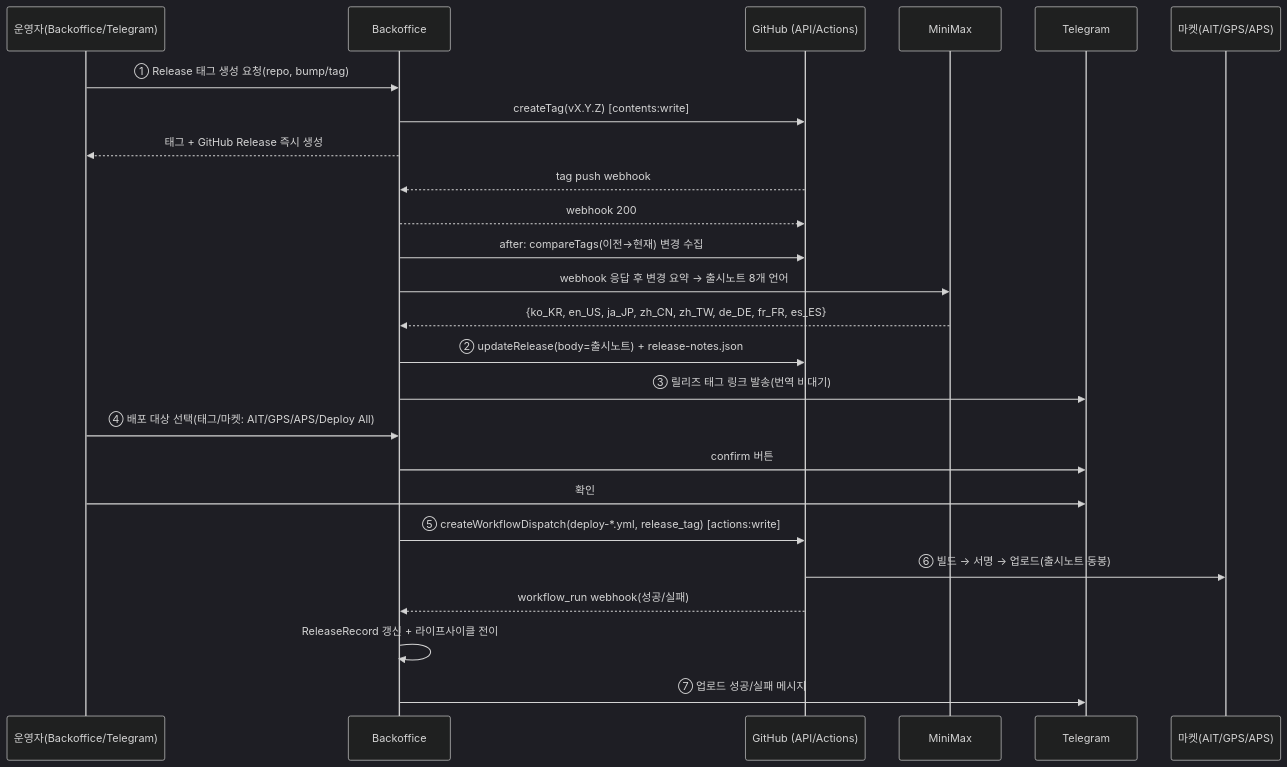
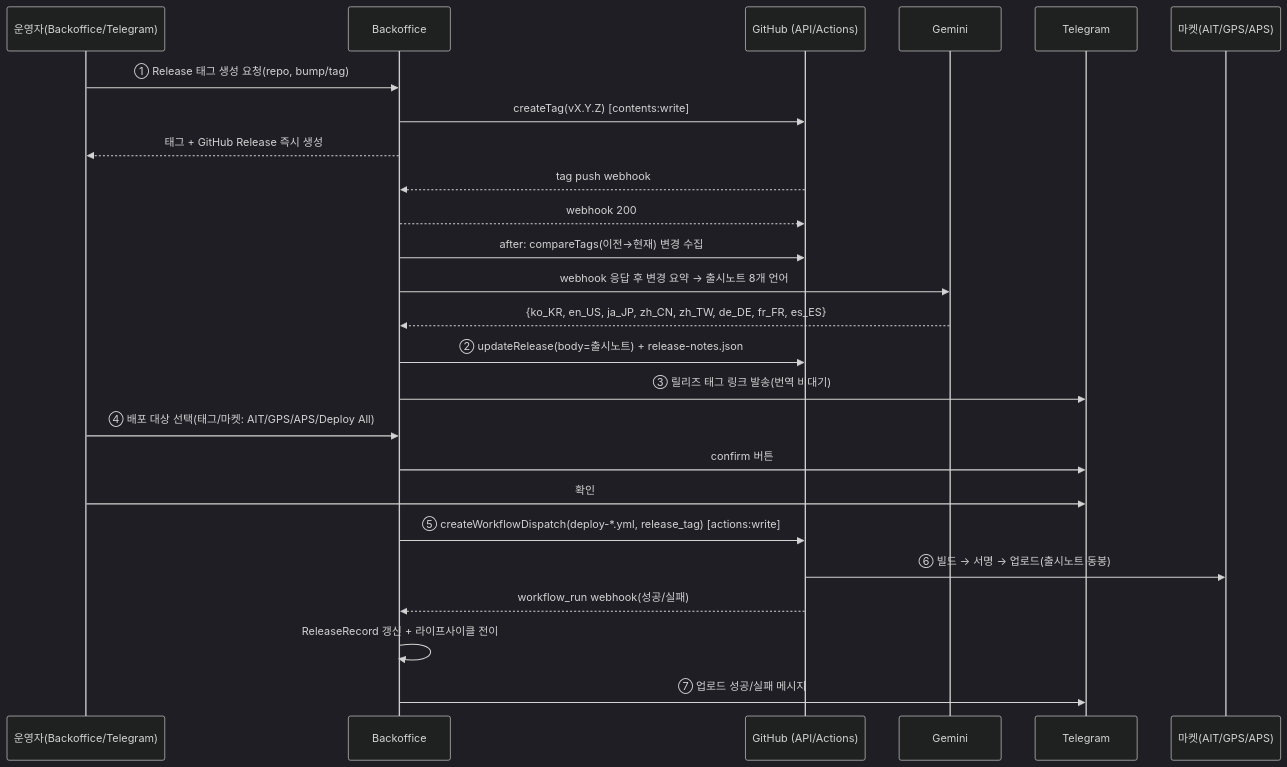
The second of 3 diagrams in docs/ci-cd/org-cicd-release-system.md (seorilabs/seorilabs-backoffice), drawn with Mermaid (dark theme) before and after one commit. The commit also changed other lines of this file and 28 other files, not shown here.

````diff
--- a/docs/ci-cd/org-cicd-release-system.md
+++ b/docs/ci-cd/org-cicd-release-system.md
@@ -209,28 +209,28 @@
 ```mermaid
 sequenceDiagram
     participant U as 운영자(Backoffice/Telegram)
     participant BO as Backoffice
     participant GH as GitHub (API/Actions)
-    participant AI as MiniMax
+    participant AI as Gemini
     participant TG as Telegram
     participant MK as 마켓(AIT/GPS/APS)
 
     U->>BO: ① Release 태그 생성 요청(repo, bump/tag)
     BO->>GH: createTag(vX.Y.Z) [contents:write]
     BO-->>U: 태그 + GitHub Release 즉시 생성
     GH-->>BO: tag push webhook
     BO-->>GH: webhook 200
     BO->>GH: after: compareTags(이전→현재) 변경 수집
     BO->>AI: webhook 응답 후 변경 요약 → 출시노트 8개 언어
     AI-->>BO: {ko_KR, en_US, ja_JP, zh_CN, zh_TW, de_DE, fr_FR, es_ES}
     BO->>GH: ② updateRelease(body=출시노트) + release-notes.json
     BO->>TG: ③ 릴리즈 태그 링크 발송(번역 비대기)
     U->>BO: ④ 배포 대상 선택(태그/마켓: AIT/GPS/APS/Deploy All)
     BO->>TG: confirm 버튼
     U->>TG: 확인
     BO->>GH: ⑤ createWorkflowDispatch(deploy-*.yml, release_tag) [actions:write]
     GH->>MK: ⑥ 빌드 → 서명 → 업로드(출시노트 동봉)
     GH-->>BO: workflow_run webhook(성공/실패)
     BO->>BO: ReleaseRecord 갱신 + 라이프사이클 전이
     BO->>TG: ⑦ 업로드 성공/실패 메시지
 ```
````
